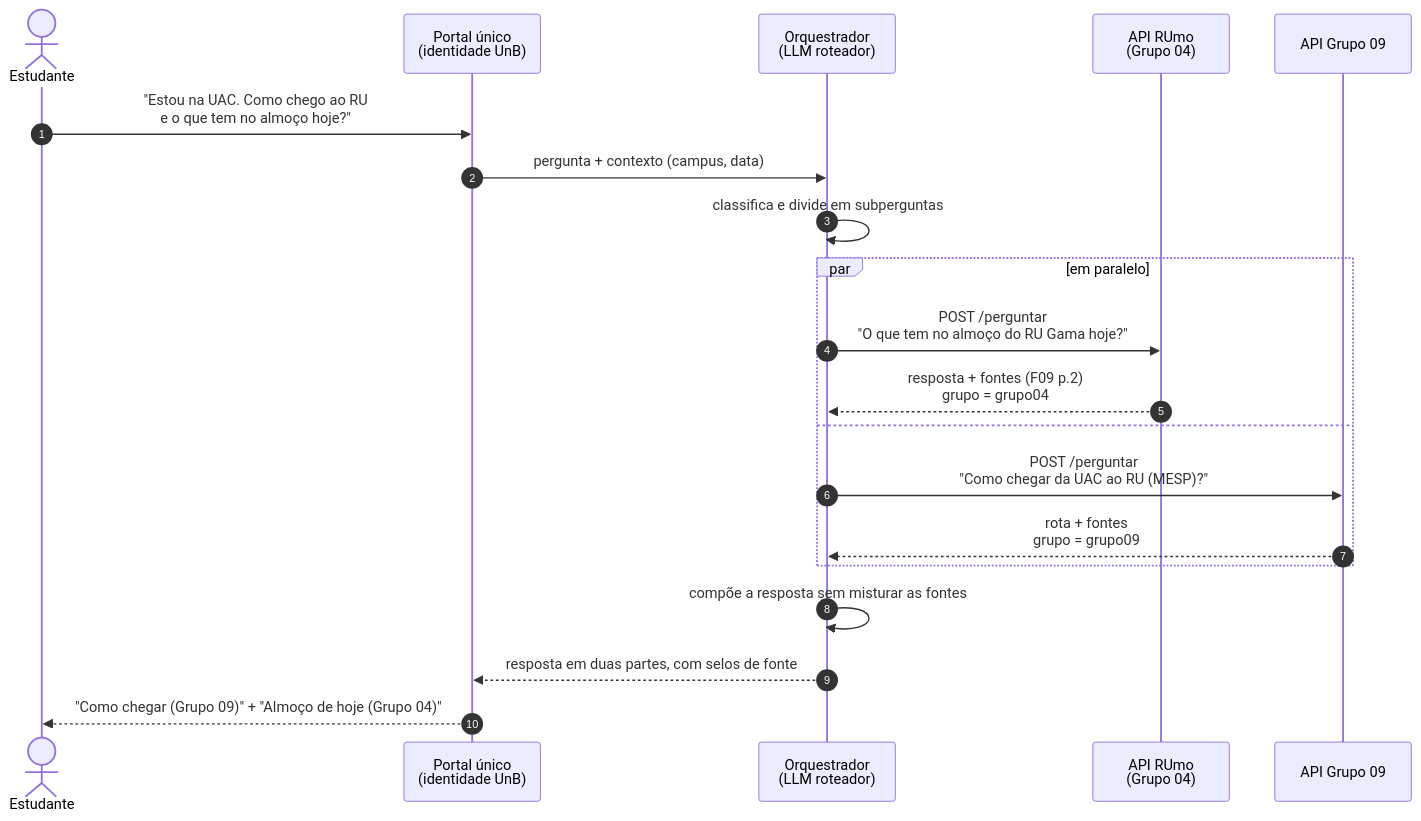
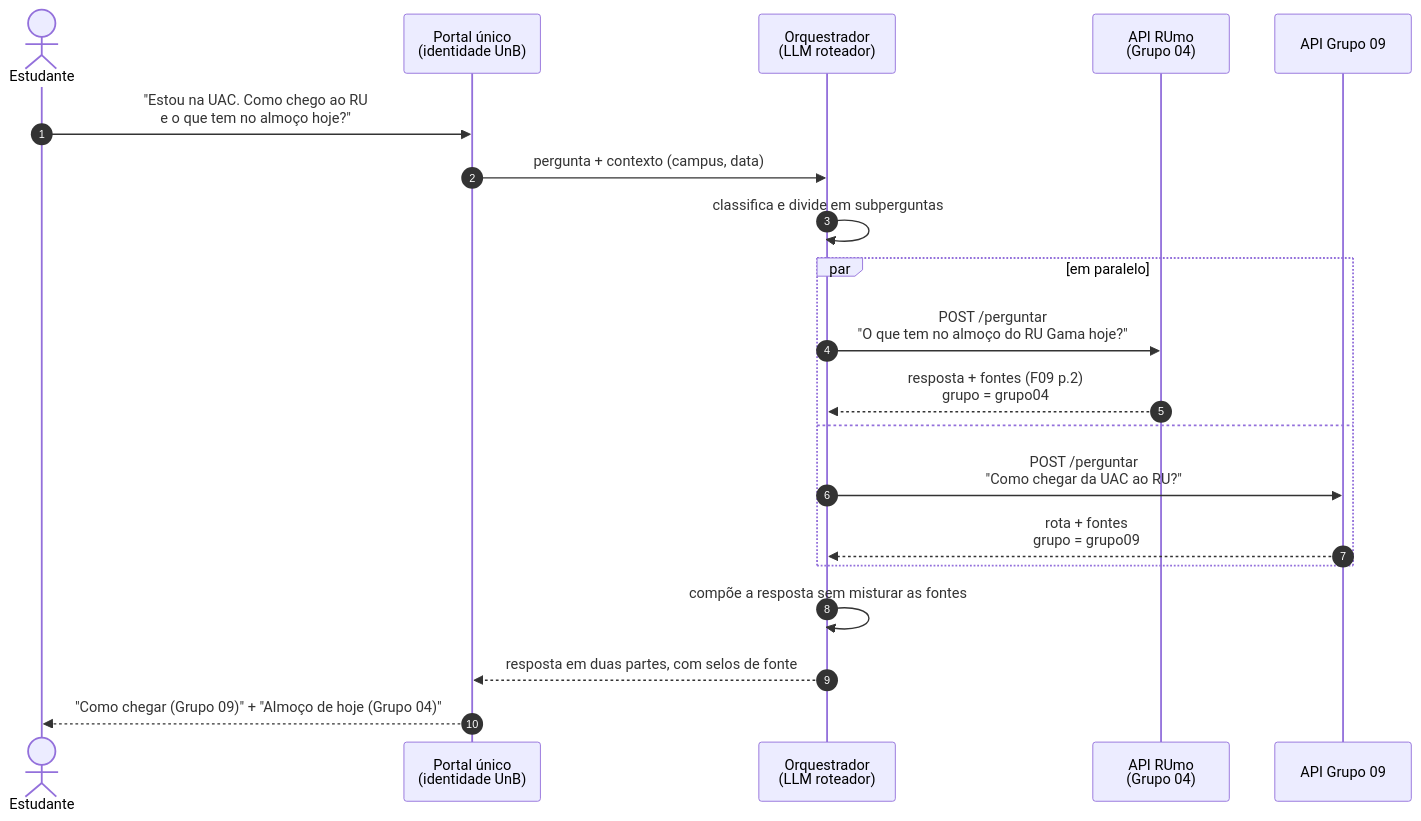
One commit to maykonjuso/residencia-grupo-4 changed the diagram in docs/visao/escopo-grupos.md. Above: the diagram before and after it, drawn with Mermaid. The commit also changed other lines of this file and 5 other files, not shown here.

````diff
--- a/docs/visao/escopo-grupos.md
+++ b/docs/visao/escopo-grupos.md
@@ -41,22 +41,22 @@
 ```mermaid
 sequenceDiagram
     autonumber
     actor E as Estudante
     participant P as Portal único<br/>(identidade UnB)
     participant O as Orquestrador<br/>(LLM roteador)
     participant G4 as API RUmo<br/>(Grupo 04)
     participant G9 as API Grupo 09
     E->>P: "Estou na UAC. Como chego ao RU<br/>e o que tem no almoço hoje?"
     P->>O: pergunta + contexto (campus, data)
     O->>O: classifica e divide em subperguntas
     par em paralelo
         O->>G4: POST /perguntar<br/>"O que tem no almoço do RU Gama hoje?"
         G4-->>O: resposta + fontes (F09 p.2)<br/>grupo = grupo04
     and
-        O->>G9: POST /perguntar<br/>"Como chegar da UAC ao RU (MESP)?"
+        O->>G9: POST /perguntar<br/>"Como chegar da UAC ao RU?"
         G9-->>O: rota + fontes<br/>grupo = grupo09
     end
     O->>O: compõe a resposta sem misturar as fontes
     O-->>P: resposta em duas partes, com selos de fonte
     P-->>E: "Como chegar (Grupo 09)" + "Almoço de hoje (Grupo 04)"
 ```
````
